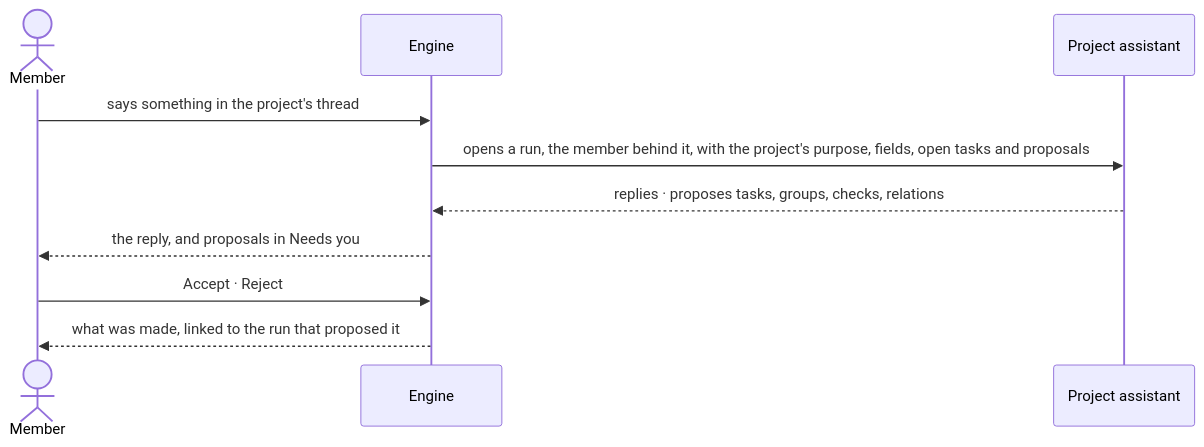
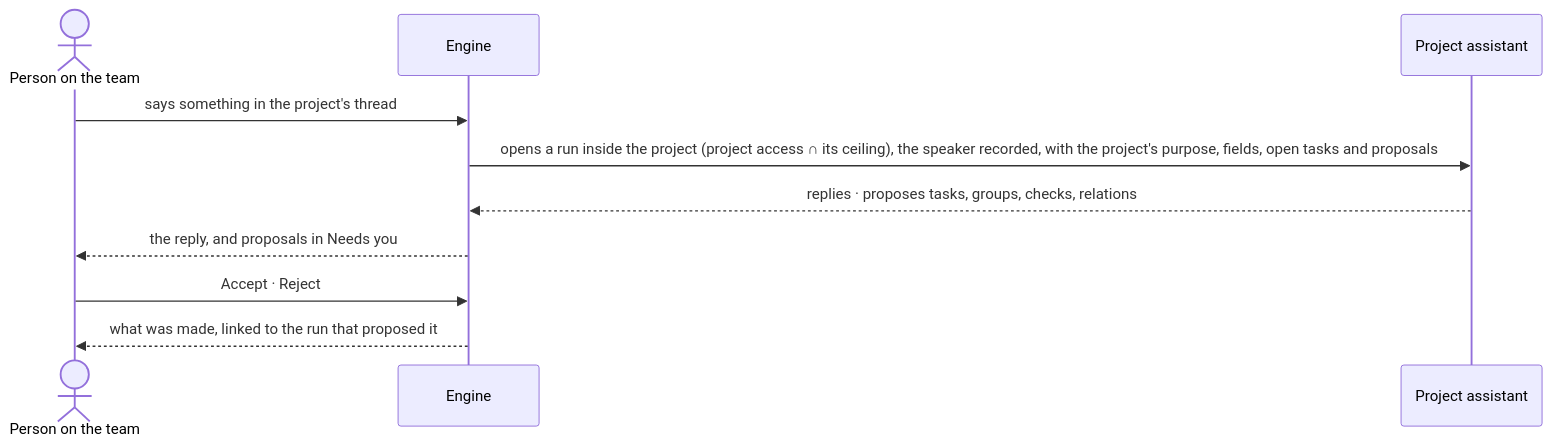
Before and after one commit to invana/invana: the second of 2 diagrams in specs/capabilities/projects/features/PJ-F01-projects-and-tasks/stories/PJ-21-ideate-with-the-project-assistant/story.md, drawn with Mermaid. The commit also changed other lines of this file and 106 other files, not shown here.

First line of the commit message:
docs(specs): access policies replace roles; Agents mode; project access

````diff
--- a/specs/capabilities/projects/features/PJ-F01-projects-and-tasks/stories/PJ-21-ideate-with-the-project-assistant/story.md
+++ b/specs/capabilities/projects/features/PJ-F01-projects-and-tasks/stories/PJ-21-ideate-with-the-project-assistant/story.md
@@ -51,12 +51,12 @@
 ```mermaid
 sequenceDiagram
-  actor M as Member
+  actor M as Person on the team
   participant E as Engine
   participant PA as Project assistant
   M->>E: says something in the project's thread
-  E->>PA: opens a run, the member behind it, with the project's purpose, fields, open tasks and proposals
+  E->>PA: opens a run inside the project (project access ∩ its ceiling), the speaker recorded, with the project's purpose, fields, open tasks and proposals
   PA-->>E: replies · proposes tasks, groups, checks, relations
   E-->>M: the reply, and proposals in Needs you
   M->>E: Accept · Reject
   E-->>M: what was made, linked to the run that proposed it
 ```
````
